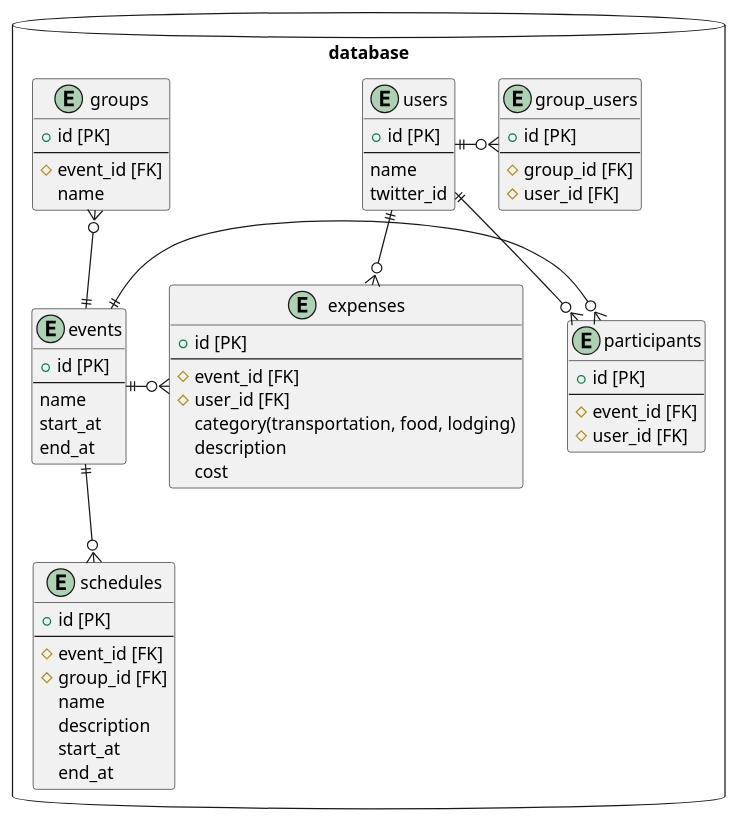
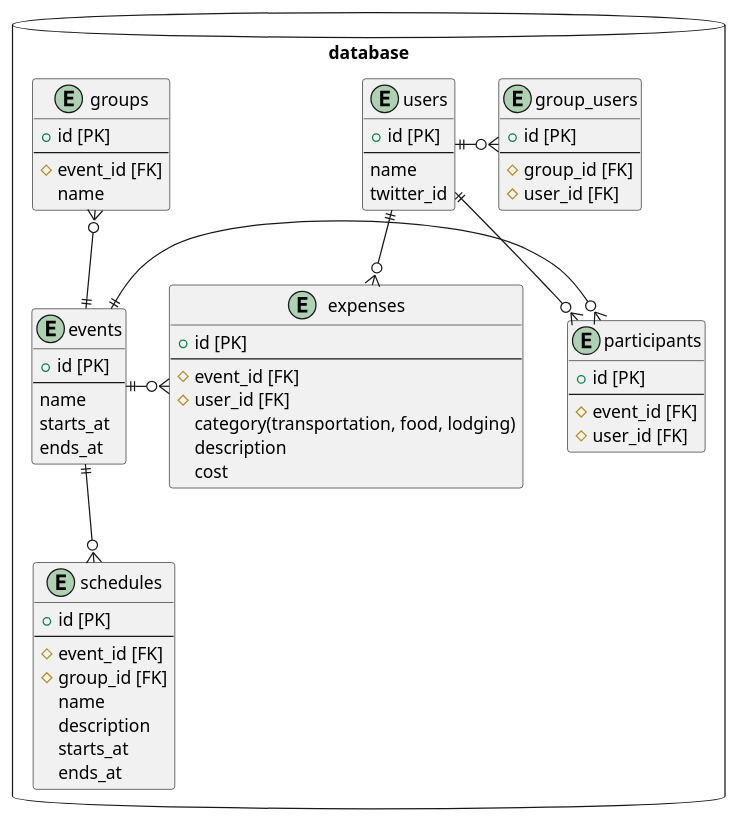
The diagram in docs/schema.md (tomocrafter/tispa-backend), drawn with PlantUML before and after one commit.

Commit message:
docs: `s`のつけ忘れテヘペロ

````diff
--- a/docs/schema.md
+++ b/docs/schema.md
@@ -3,73 +3,73 @@
 ```plantuml
 @startuml
 
 package database <<Database>> {
   entity users {
     + id [PK]
     ---
     name
     twitter_id
   }
 
   entity events {
     + id [PK]
     ---
     name
-    start_at
-    end_at
+    starts_at
+    ends_at
   }
 
   entity participants {
     + id [PK]
     ---
     # event_id [FK]
     # user_id [FK]
   }
 
   entity groups {
     + id [PK]
     ---
     # event_id [FK]
     name
   }
 
   entity group_users {
     + id [PK]
     ---
     # group_id [FK]
     # user_id [FK]
   }
 
   entity schedules {
     + id [PK]
     ---
     # event_id [FK]
     # group_id [FK]
     name
     description
-    start_at
-    end_at
+    starts_at
+    ends_at
   }
 
   entity expenses {
     + id [PK]
     ---
     # event_id [FK]
     # user_id [FK]
     category(transportation, food, lodging)
     description
     cost
   }
 }
 
 users ||-d-o{ participants
 users ||-r-o{ group_users
 users ||-o{ expenses
 
 events ||-l-o{ participants
 events ||-u-o{ groups
 events ||-d-o{ schedules
 events ||-o{ expenses
 
 @enduml
 ```
````
